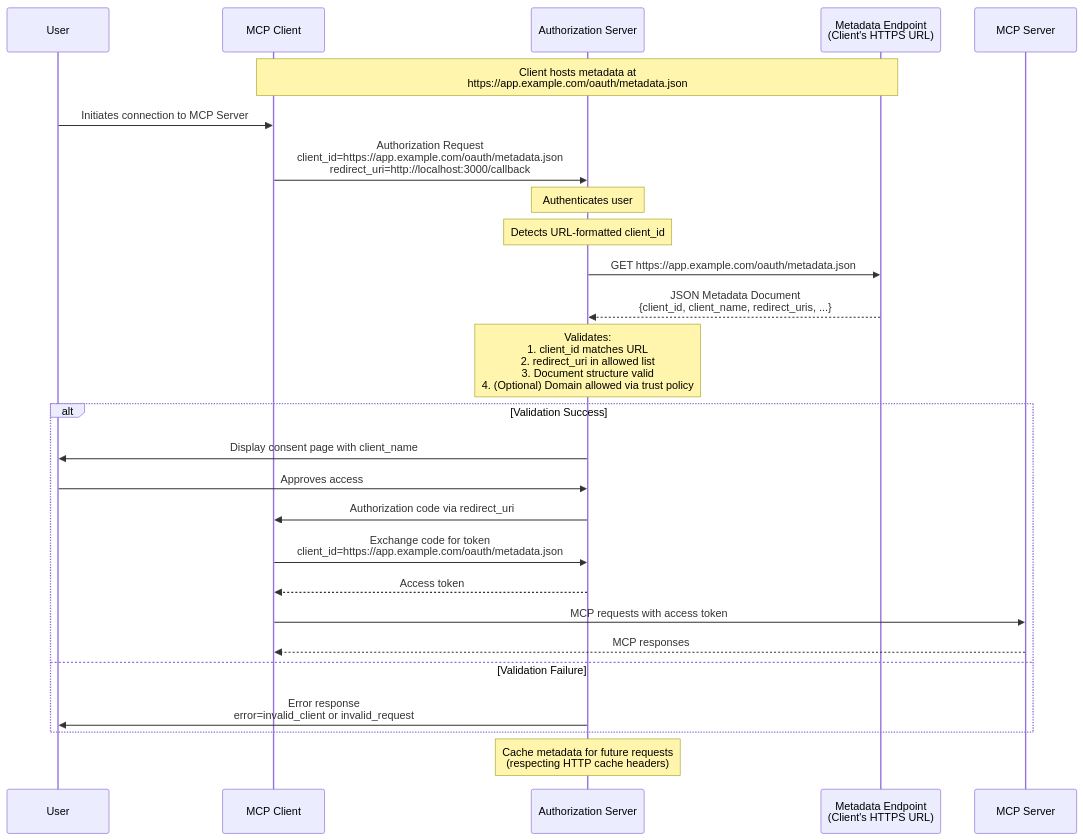
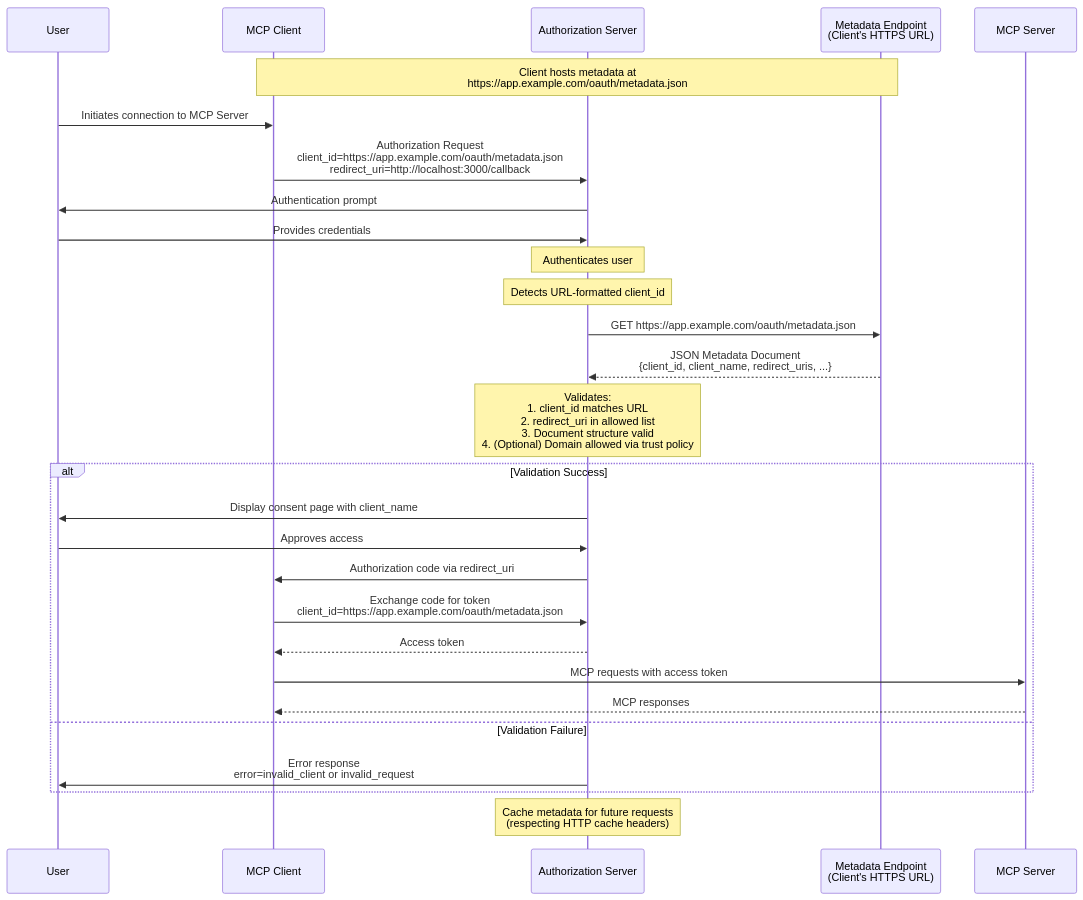
One commit to modelcontextprotocol/modelcontextprotocol changed the second of 3 diagrams in docs/specification/draft/basic/authorization.mdx. Above: the diagram before and after it, drawn with Mermaid. The commit also changed other lines of this file, not shown here.

Commit message:
Update authorization flow diagram and clarify client registration
Added explicit authentication prompt and user credential steps to the sequence diagram for clarity. Improved wording regarding OAuth 2.0 Dynamic Client Registration Protocol support.

````diff
--- a/docs/specification/draft/basic/authorization.mdx
+++ b/docs/specification/draft/basic/authorization.mdx
@@ -259,36 +259,38 @@
 ```mermaid
 sequenceDiagram
     participant User
     participant Client as MCP Client
     participant Server as Authorization Server
     participant Metadata as Metadata Endpoint<br/>(Client's HTTPS URL)
     participant Resource as MCP Server
 
     Note over Client,Metadata: Client hosts metadata at<br/>https://app.example.com/oauth/metadata.json
 
     User->>Client: Initiates connection to MCP Server
     Client->>Server: Authorization Request<br/>client_id=https://app.example.com/oauth/metadata.json<br/>redirect_uri=http://localhost:3000/callback
 
+    Server->>User: Authentication prompt
+    User->>Server: Provides credentials
     Note over Server: Authenticates user
 
     Note over Server: Detects URL-formatted client_id
 
     Server->>Metadata: GET https://app.example.com/oauth/metadata.json
     Metadata-->>Server: JSON Metadata Document<br/>{client_id, client_name, redirect_uris, ...}
 
     Note over Server: Validates:<br/>1. client_id matches URL<br/>2. redirect_uri in allowed list<br/>3. Document structure valid<br/>4. (Optional) Domain allowed via trust policy
 
     alt Validation Success
         Server->>User: Display consent page with client_name
         User->>Server: Approves access
         Server->>Client: Authorization code via redirect_uri
         Client->>Server: Exchange code for token<br/>client_id=https://app.example.com/oauth/metadata.json
         Server-->>Client: Access token
         Client->>Resource: MCP requests with access token
         Resource-->>Client: MCP responses
     else Validation Failure
         Server->>User: Error response<br/>error=invalid_client or invalid_request
     end
 
     Note over Server: Cache metadata for future requests<br/>(respecting HTTP cache headers)
 ```
````
